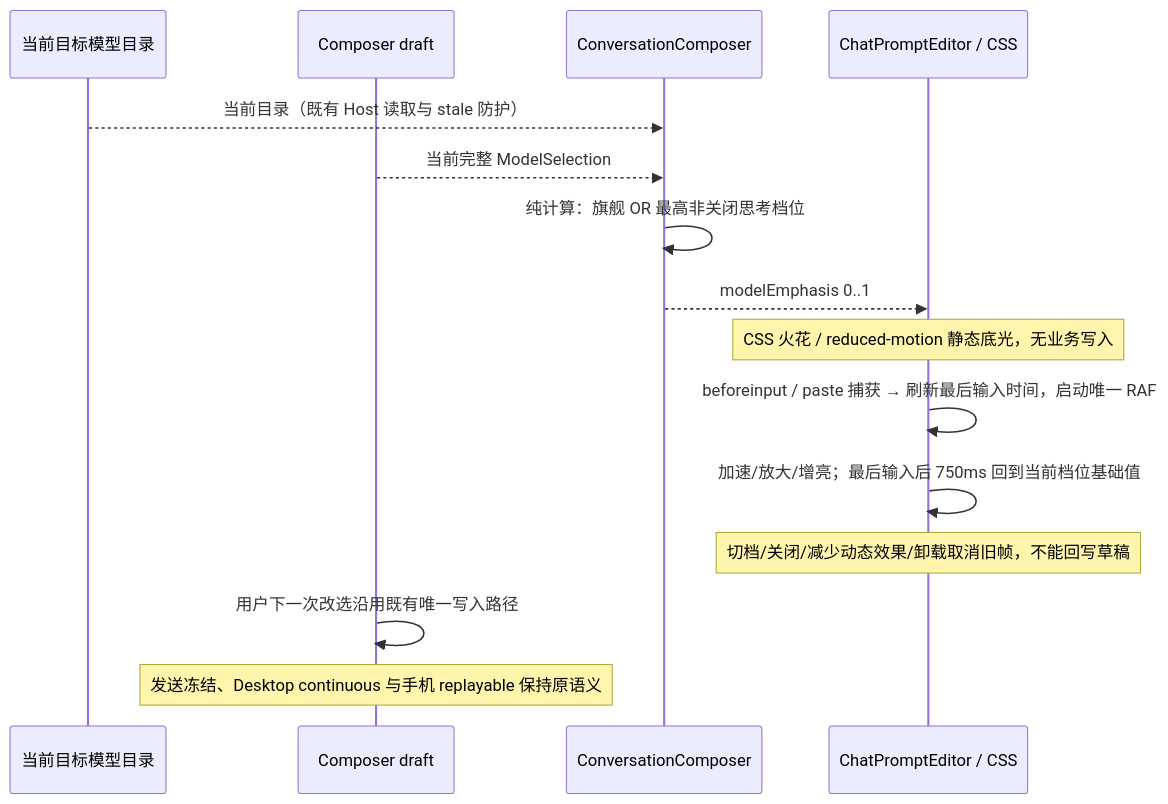
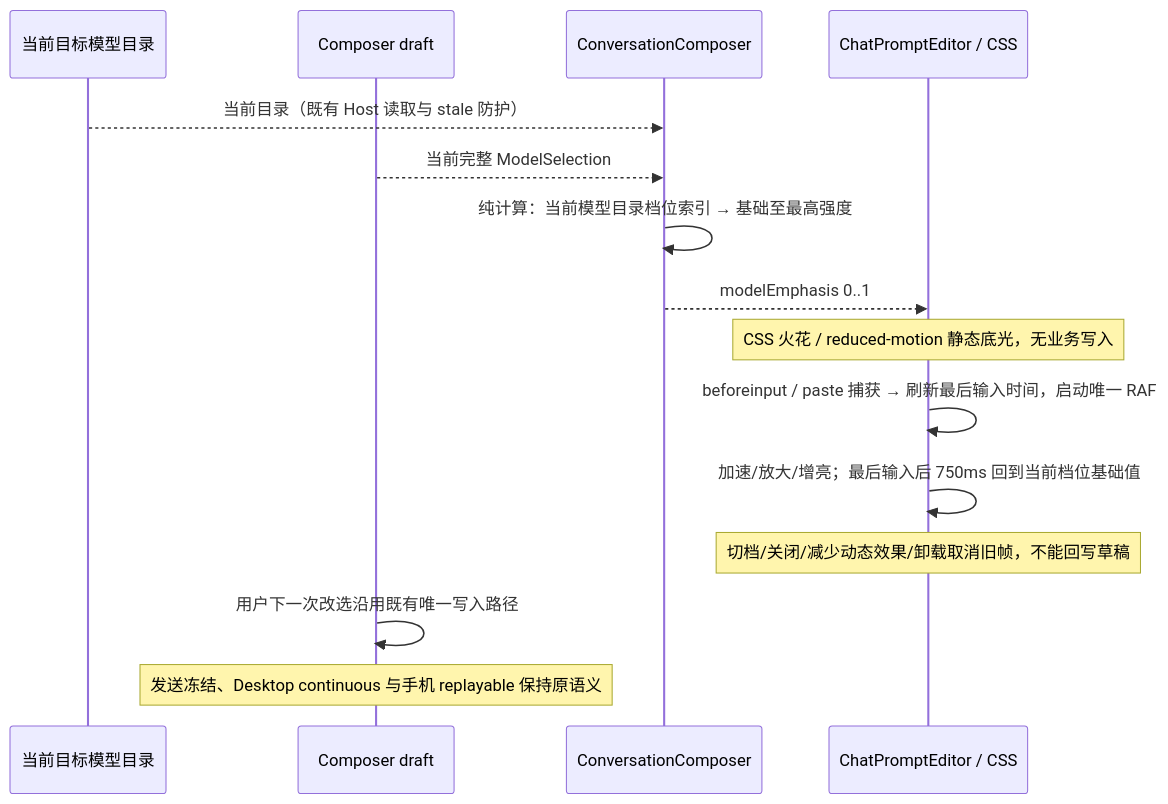
Before and after one commit to lemonllhon/Code: the diagram in specs/composer-model-emphasis.md, drawn with Mermaid. The commit also changed other lines of this file and 6 other files, not shown here.

````diff
--- a/specs/composer-model-emphasis.md
+++ b/specs/composer-model-emphasis.md
@@ -25,17 +24,17 @@
 ```mermaid
 sequenceDiagram
   participant Catalog as 当前目标模型目录
   participant Draft as Composer draft
   participant Composer as ConversationComposer
   participant Shell as ChatPromptEditor / CSS
   Catalog-->>Composer: 当前目录（既有 Host 读取与 stale 防护）
   Draft-->>Composer: 当前完整 ModelSelection
-  Composer->>Composer: 纯计算：旗舰 OR 最高非关闭思考档位
+  Composer->>Composer: 纯计算：当前模型目录档位索引 → 基础至最高强度
   Composer-->>Shell: modelEmphasis 0..1
   Note over Shell: CSS 火花 / reduced-motion 静态底光，无业务写入
   Shell->>Shell: beforeinput / paste 捕获 → 刷新最后输入时间，启动唯一 RAF
   Shell->>Shell: 加速/放大/增亮；最后输入后 750ms 回到当前档位基础值
   Note over Shell: 切档/关闭/减少动态效果/卸载取消旧帧，不能回写草稿
   Draft->>Draft: 用户下一次改选沿用既有唯一写入路径
   Note over Draft: 发送冻结、Desktop continuous 与手机 replayable 保持原语义
 ```
````
